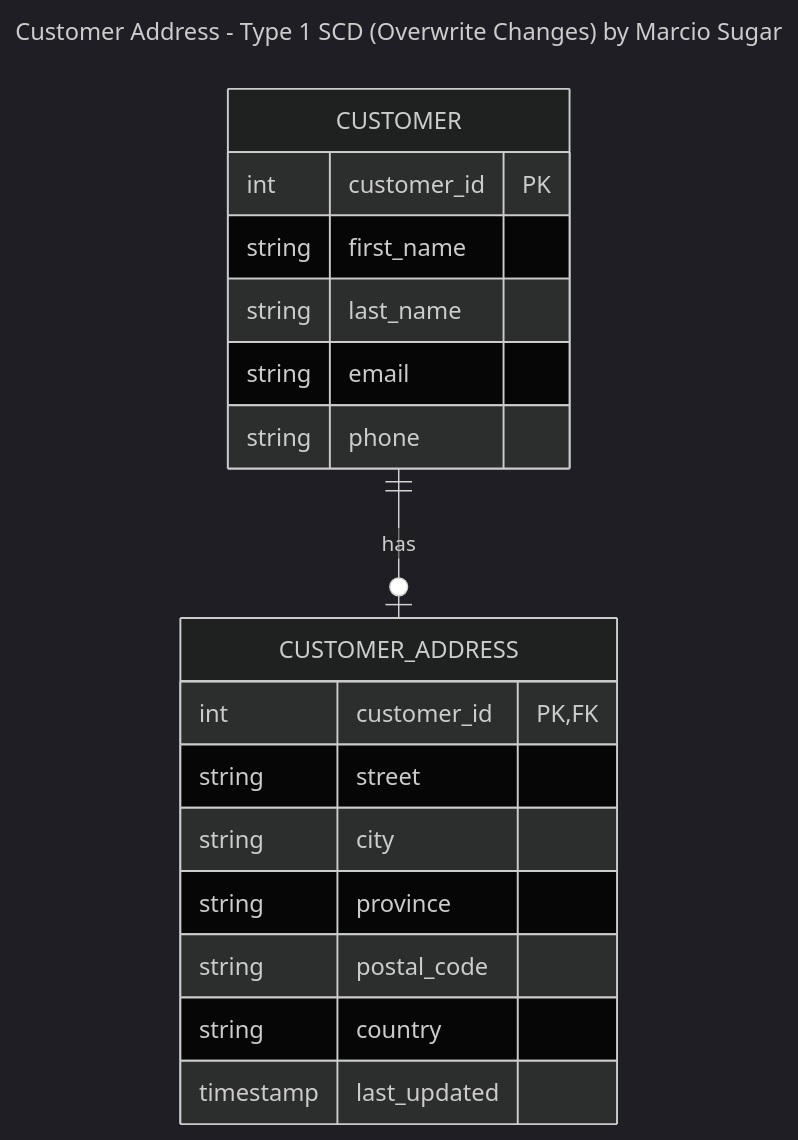
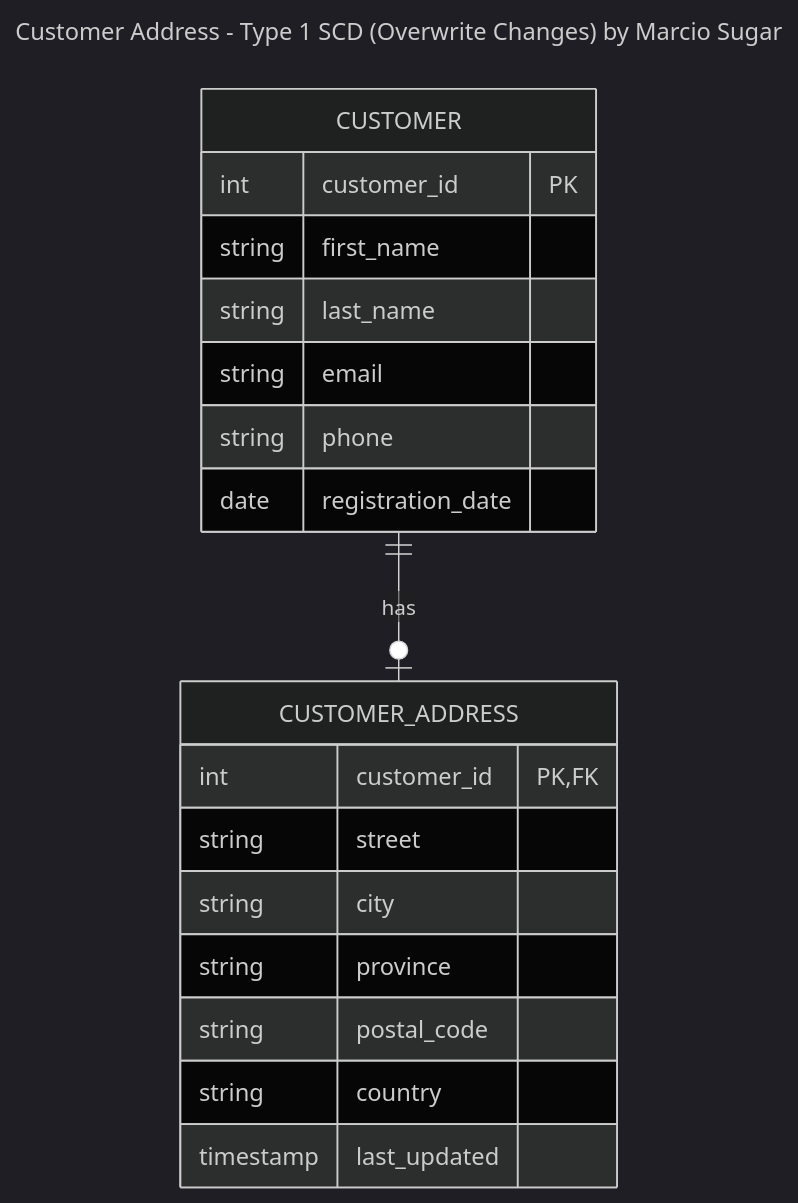
One commit to msugar/sql changed the first of 2 diagrams in 02_activities/assignments/design_a_logical_model.md. Above: the diagram before and after it, drawn with Mermaid (dark theme). The commit also changed other lines of this file, not shown here.

````diff
--- a/02_activities/assignments/design_a_logical_model.md
+++ b/02_activities/assignments/design_a_logical_model.md
@@ -31,23 +31,24 @@
 ```mermaid
 ---
 title: Customer Address - Type 1 SCD (Overwrite Changes) by Marcio Sugar
 ---
 erDiagram
     CUSTOMER ||--o| CUSTOMER_ADDRESS : "has"
     CUSTOMER {
         int customer_id PK
         string first_name
         string last_name
         string email
         string phone
+        date registration_date
     }
     CUSTOMER_ADDRESS {
         int customer_id PK, FK
         string street
         string city
         string province
         string postal_code
         string country
         timestamp last_updated
     }
 ```
````
